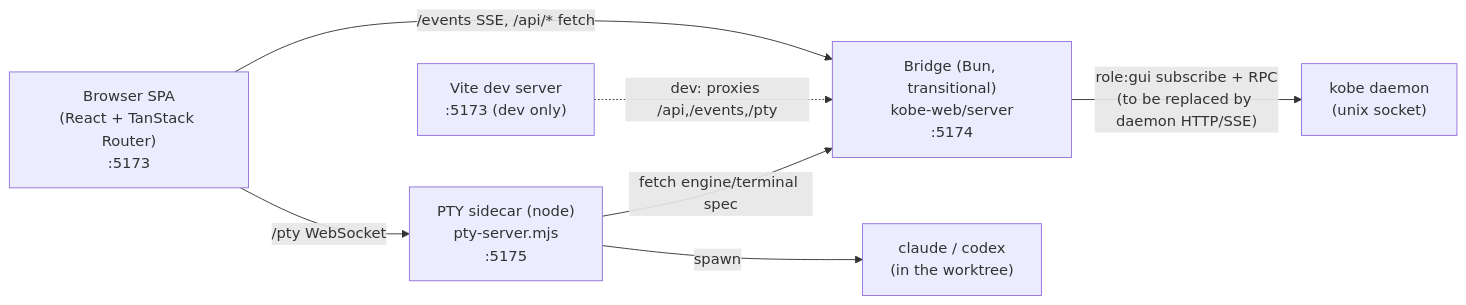
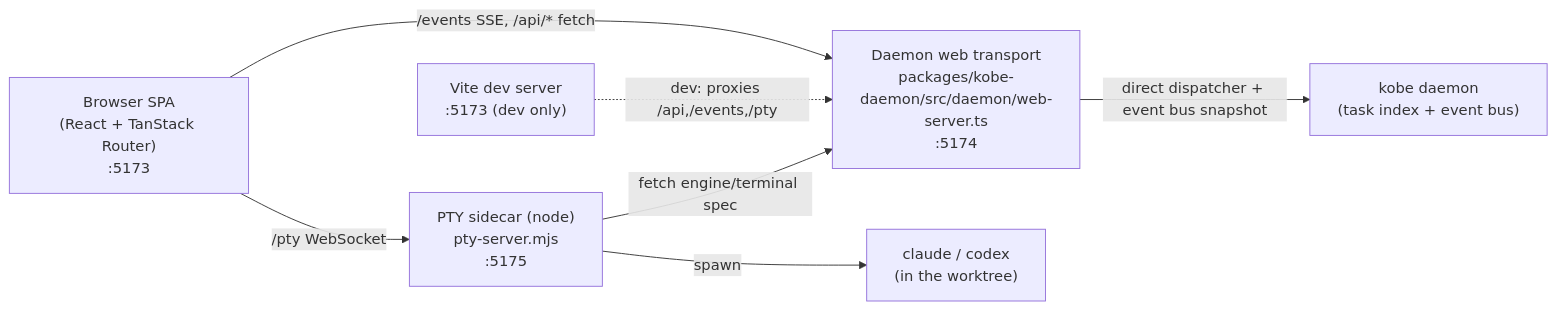
Before and after one commit to Sma1lboy/kobe: the diagram in docs/design/web-dashboard.md, drawn with Mermaid. The commit also changed other lines of this file and 31 other files, not shown here.

First line of the commit message:
refactor: move web transport into daemon

````diff
--- a/docs/design/web-dashboard.md
+++ b/docs/design/web-dashboard.md
@@ -16,16 +17,16 @@
 ```mermaid
 flowchart LR
   Browser["Browser SPA<br/>(React + TanStack Router)<br/>:5173"]
   Vite["Vite dev server<br/>:5173 (dev only)"]
-  Bridge["Bridge (Bun, transitional)<br/>kobe-web/server<br/>:5174"]
+  Web["Daemon web transport<br/>packages/kobe-daemon/src/daemon/web-server.ts<br/>:5174"]
   PTY["PTY sidecar (node)<br/>pty-server.mjs<br/>:5175"]
-  Daemon["kobe daemon<br/>(unix socket)"]
+  Daemon["kobe daemon<br/>(task index + event bus)"]
   Engine["claude / codex<br/>(in the worktree)"]
 
-  Browser -->|"/events SSE, /api/* fetch"| Bridge
+  Browser -->|"/events SSE, /api/* fetch"| Web
   Browser -->|"/pty WebSocket"| PTY
-  Vite -.->|"dev: proxies /api,/events,/pty"| Bridge
-  Bridge -->|"role:gui subscribe + RPC<br/>(to be replaced by daemon HTTP/SSE)"| Daemon
-  PTY -->|"fetch engine/terminal spec"| Bridge
+  Vite -.->|"dev: proxies /api,/events,/pty"| Web
+  Web -->|"direct dispatcher + event bus snapshot"| Daemon
+  PTY -->|"fetch engine/terminal spec"| Web
   PTY -->|"spawn"| Engine
 ```
````
